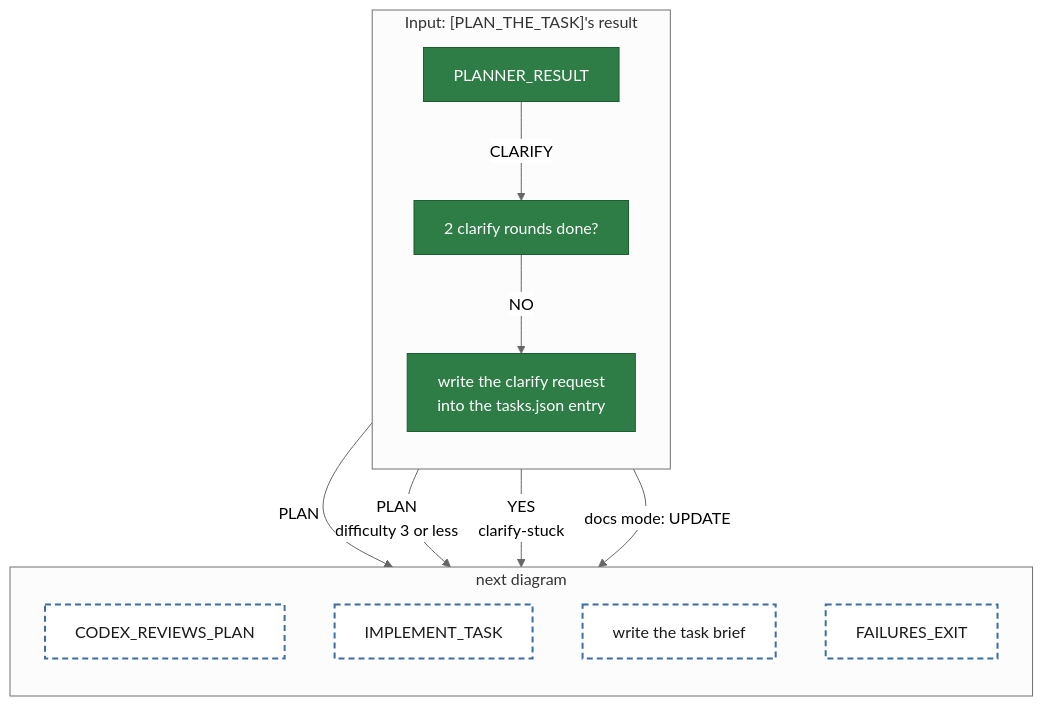
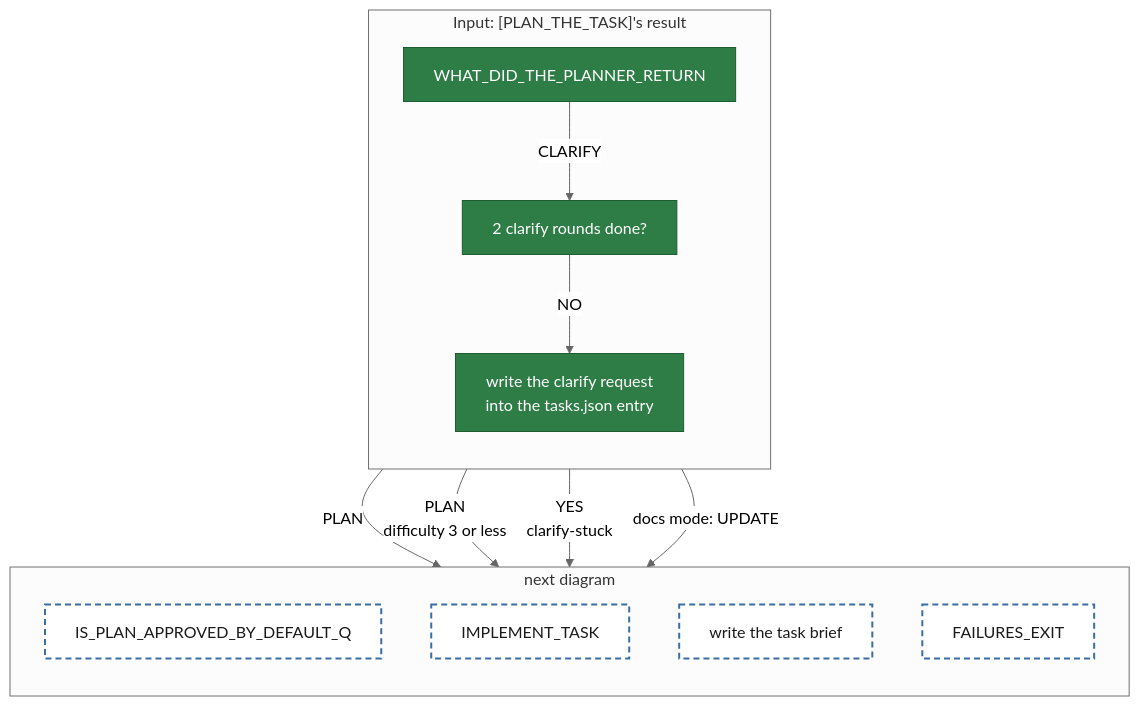
The diagram in diagrams/tackle-tasks/pipeline-whatDidThePlannerReturn.mmd (matkatmusic/taskTools), drawn with Mermaid (neutral theme) before and after one commit. The commit also changed 26 other files, not shown here.

First line of the commit message:
feat: Introduce IS_PLAN_APPROVED_BY_DEFAULT_Q to handle review verdicts

```diff
--- a/diagrams/tackle-tasks/pipeline-whatDidThePlannerReturn.mmd
+++ b/diagrams/tackle-tasks/pipeline-whatDidThePlannerReturn.mmd
@@ -1,32 +1,32 @@
 flowchart TB
 %% One agent() call. /run-step starts at WHAT_DID_THE_PLANNER_RETURN. Every path ends at an orange block or a dashed block.
 
   subgraph whatDidThePlannerReturn ["Input: [PLAN_THE_TASK]'s result"]
     direction TB
-    WHAT_DID_THE_PLANNER_RETURN["PLANNER_RESULT"]
+    WHAT_DID_THE_PLANNER_RETURN["WHAT_DID_THE_PLANNER_RETURN"]
     ARE_2_CLARIFY_ROUNDS_DONE_Q["2 clarify rounds done?"]
     WRITE_CLARIFY_REQUEST["write the clarify request<br/>into the tasks.json entry"]
   end
   subgraph whatDidThePlannerReturnNext ["next diagram"]
     direction TB
-    CODEX_REVIEWS_PLAN["CODEX_REVIEWS_PLAN"]
+    IS_PLAN_APPROVED_BY_DEFAULT_Q["IS_PLAN_APPROVED_BY_DEFAULT_Q"]
     IMPLEMENT_TASK["IMPLEMENT_TASK"]
     DOCUMENT_GENERATION["write the task brief"]
     FAILURES_EXIT["FAILURES_EXIT"]
   end
   whatDidThePlannerReturn ~~~ whatDidThePlannerReturnNext
 
-  WHAT_DID_THE_PLANNER_RETURN -- "PLAN" --> CODEX_REVIEWS_PLAN
+  WHAT_DID_THE_PLANNER_RETURN -- "PLAN" --> IS_PLAN_APPROVED_BY_DEFAULT_Q
   WHAT_DID_THE_PLANNER_RETURN -- "PLAN<br/>difficulty 3 or less" --> IMPLEMENT_TASK
   WHAT_DID_THE_PLANNER_RETURN -- "CLARIFY" --> ARE_2_CLARIFY_ROUNDS_DONE_Q
   ARE_2_CLARIFY_ROUNDS_DONE_Q -- "NO" --> WRITE_CLARIFY_REQUEST
   ARE_2_CLARIFY_ROUNDS_DONE_Q -- "YES<br/>clarify-stuck" --> FAILURES_EXIT
   WRITE_CLARIFY_REQUEST -- "docs mode: UPDATE" --> DOCUMENT_GENERATION
 
   classDef script fill:#2f7d46,stroke:#1e5c31,color:#ffffff
   classDef returns_a_prompt fill:#e07b39,stroke:#a8541f,color:#1a1a1a
   classDef fail fill:red,stroke:#254a70,color:#ffffff
   classDef output fill:#3b6ea5,stroke:#254a70,color:#ffffff
   classDef next_diagram fill:#ffffff,stroke:#3b6ea5,stroke-width:2px,stroke-dasharray:6 4,color:#1a1a1a
   class WHAT_DID_THE_PLANNER_RETURN,ARE_2_CLARIFY_ROUNDS_DONE_Q,WRITE_CLARIFY_REQUEST script
-  class CODEX_REVIEWS_PLAN,IMPLEMENT_TASK,DOCUMENT_GENERATION,FAILURES_EXIT next_diagram
+  class IS_PLAN_APPROVED_BY_DEFAULT_Q,IMPLEMENT_TASK,DOCUMENT_GENERATION,FAILURES_EXIT next_diagram
```
